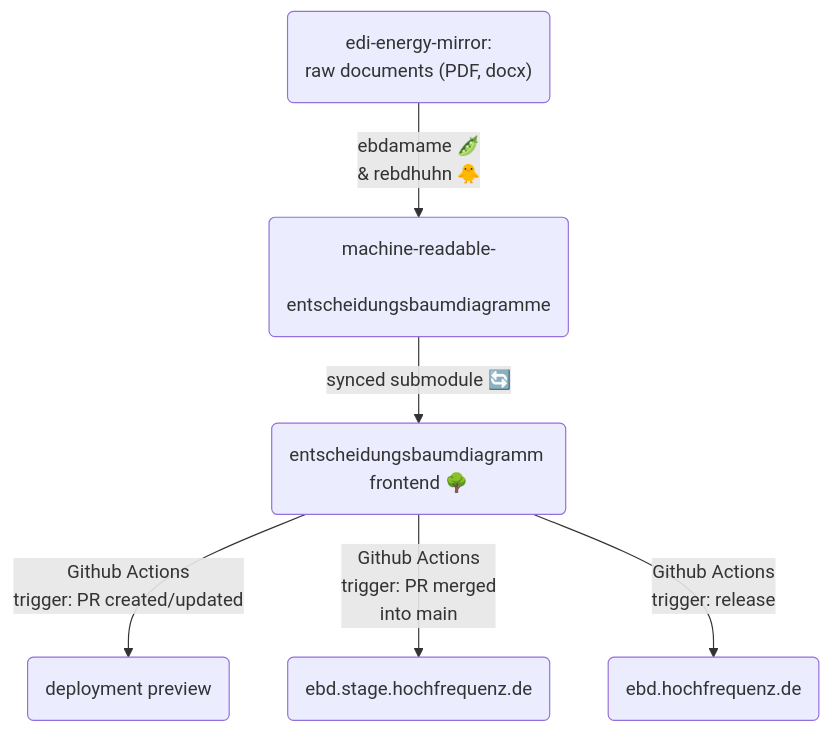
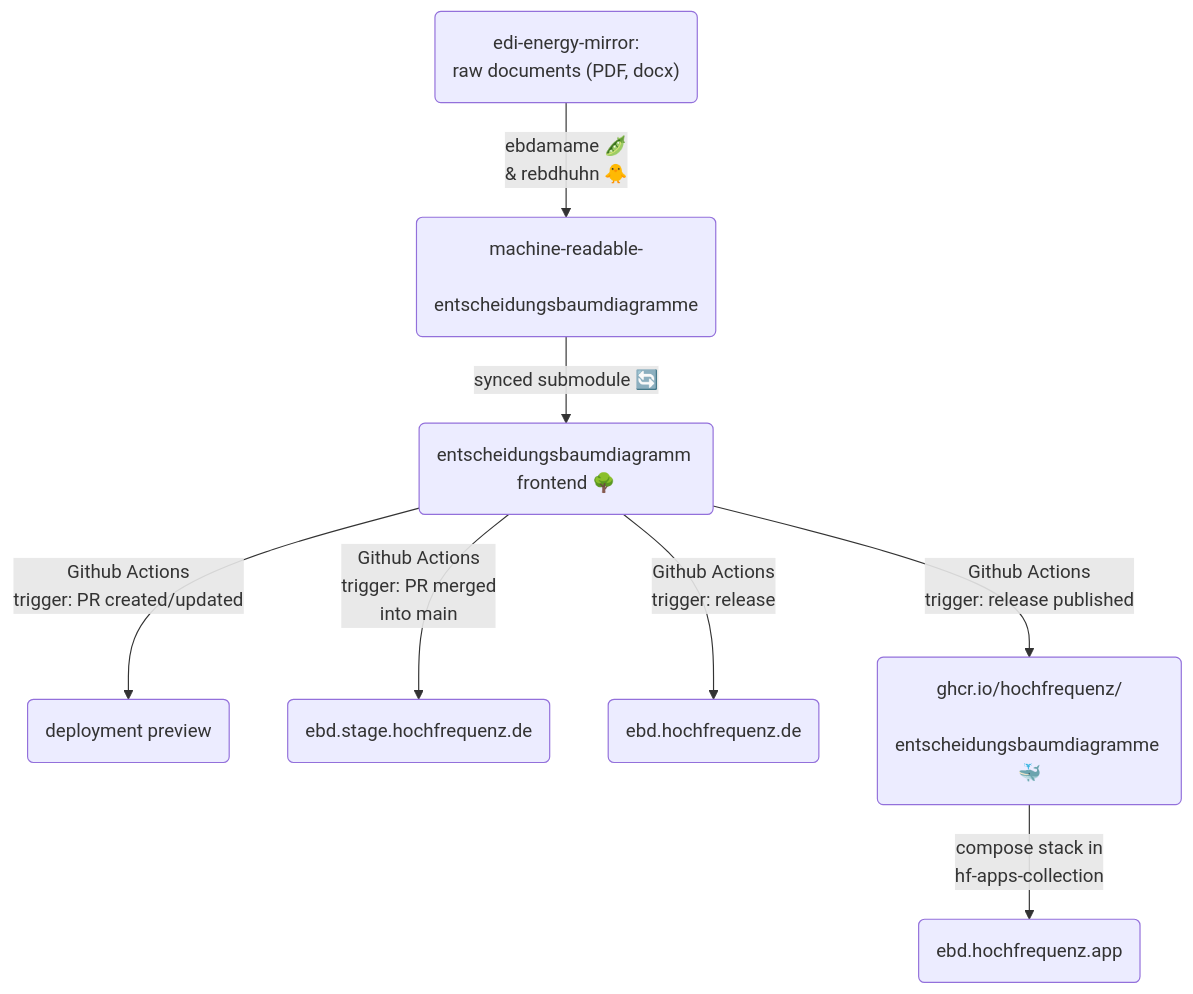
The diagram in README.md (Hochfrequenz/entscheidungsbaumdiagramme), drawn with Mermaid before and after one commit. The commit also changed other lines of this file and 13 other files, not shown here.

````diff
--- a/README.md
+++ b/README.md
@@ -51,15 +51,20 @@
 ```mermaid
 flowchart TD
     A("edi-energy-mirror:
     raw documents (PDF, docx)") -->|ebdamame 🫛
     & rebdhuhn 🐥| B("machine-readable-
     entscheidungsbaumdiagramme")
     B -->|synced submodule 🔄| C("entscheidungsbaumdiagramm frontend 🌳")
     C -->|Github Actions
     trigger: PR created/updated| D("deployment preview")
     C -->|Github Actions
     trigger: PR merged
     into main| E("ebd.stage.hochfrequenz.de")
     C -->|Github Actions
     trigger: release| F("ebd.hochfrequenz.de")
+    C -->|Github Actions
+    trigger: release published| G("ghcr.io/hochfrequenz/
+    entscheidungsbaumdiagramme 🐳")
+    G -->|compose stack in
+    hf-apps-collection| H("ebd.hochfrequenz.app")
 ```
````
